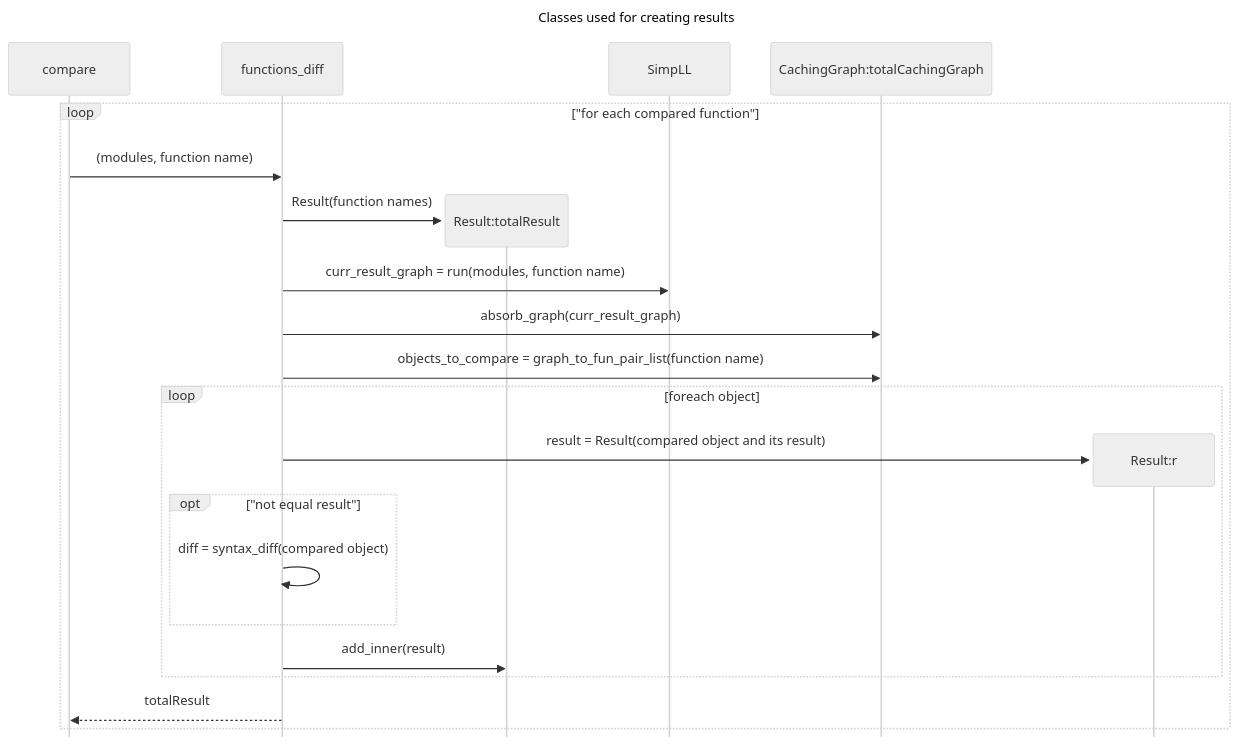
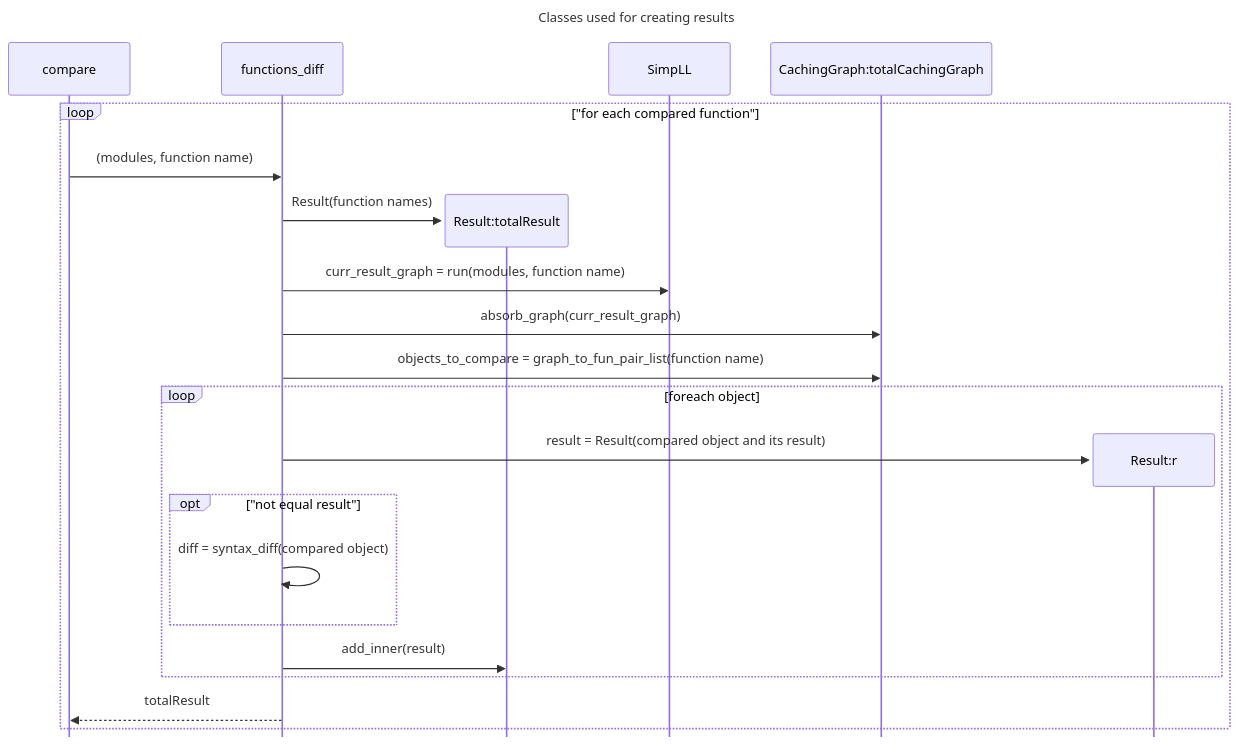
The seventh of 9 diagrams in docs/architecture.md (PLukas2018/diffkemp), drawn with Mermaid before and after one commit. The commit also changed other lines of this file, not shown here.

Commit message:
Update architecture.md  knj

````diff
--- a/docs/architecture.md
+++ b/docs/architecture.md
@@ -301,31 +286,30 @@
 ```mermaid
 ---
 # This code renders an image, which does not show on the GitHub app, use a browser
 # to see the image.
 title: Classes used for creating results
 config:
-  theme: neutral
   mirrorActors: false
 ---
 sequenceDiagram
   loop "for each compared function"
     compare->>functions_diff: (modules, function name)
     create participant tR
     participant tR as Result:totalResult
     functions_diff->>tR: Result(function names)
     functions_diff->>SimpLL: curr_result_graph = run(modules, function name)
     participant CG as CachingGraph:totalCachingGraph
     functions_diff->>CG: absorb_graph(curr_result_graph)
     functions_diff->>CG: objects_to_compare = graph_to_fun_pair_list(function name)
     loop foreach object
       create participant r
       participant r as Result:r
       functions_diff->>r: result = Result(compared object and its result)
       opt "not equal result"
          functions_diff->>functions_diff: diff = syntax_diff(compared object)
       end
       functions_diff->>tR: add_inner(result)
     end
     functions_diff-->>compare: totalResult
   end
 ```
````
